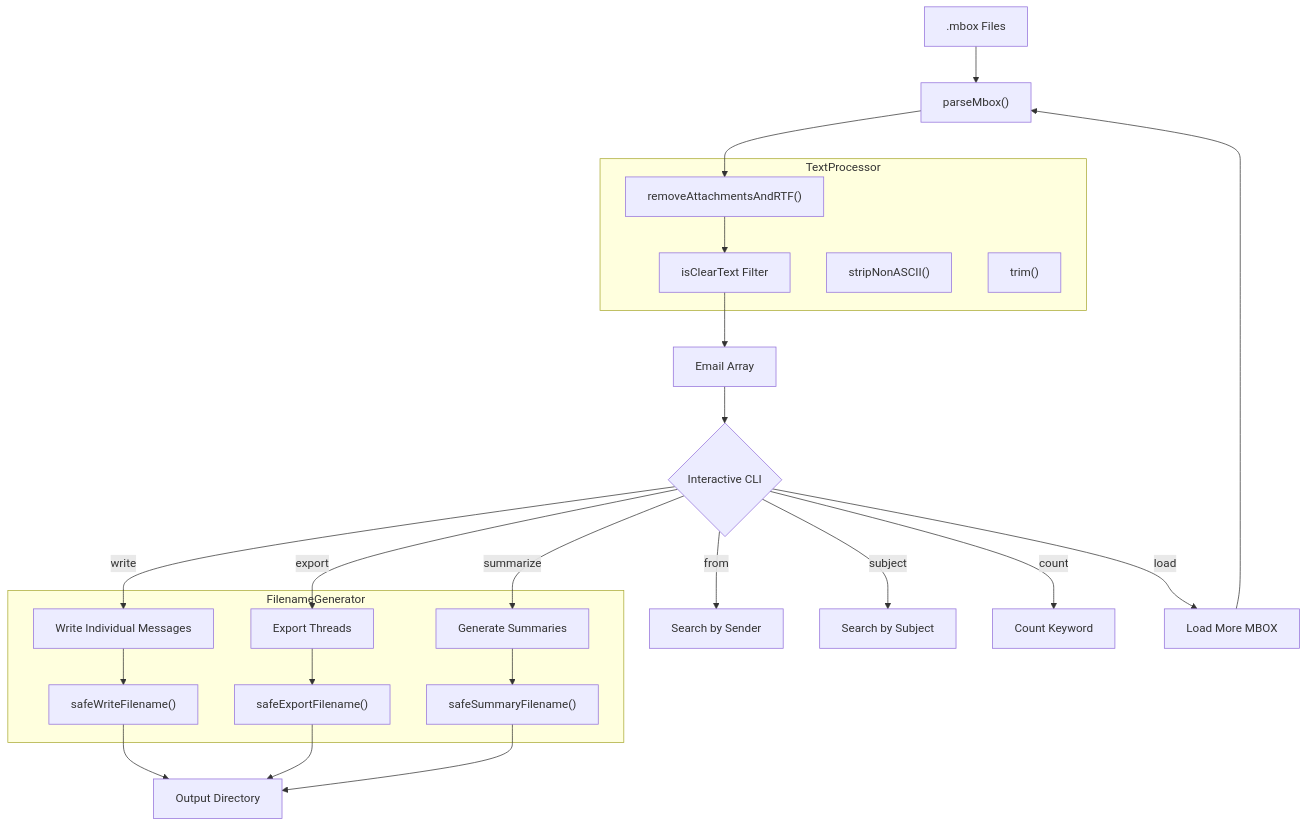
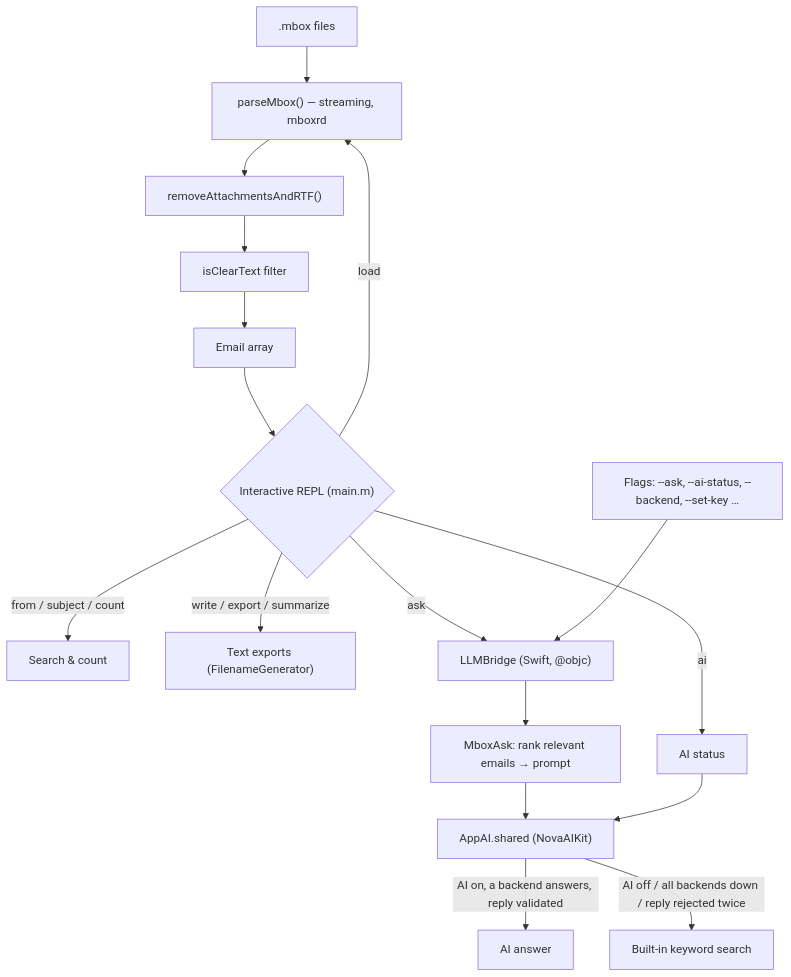
One commit to kochj23/MboxChatCLI changed the first of 2 diagrams in README.md. Above: the diagram before and after it, drawn with Mermaid. The commit also changed other lines of this file and 19 other files, not shown here.

````diff
--- a/README.md
+++ b/README.md
@@ -17,33 +23,19 @@
 ```mermaid
 graph TD
-    A[".mbox Files"] --> B["parseMbox()"]
+    A[".mbox files"] --> B["parseMbox() — streaming, mboxrd"]
     B --> L["removeAttachmentsAndRTF()"]
-    L --> M["isClearText Filter"]
-    M --> C["Email Array"]
-    C --> D{"Interactive CLI"}
-    D -->|from| E["Search by Sender"]
-    D -->|subject| F["Search by Subject"]
-    D -->|count| G["Count Keyword"]
-    D -->|write| H["Write Individual Messages"]
-    D -->|export| I["Export Threads"]
-    D -->|summarize| J["Generate Summaries"]
-    D -->|load| K["Load More MBOX"]
-    K --> B
-
-    subgraph TextProcessor
-        L
-        M
-        R["stripNonASCII()"]
-        S["trim()"]
-    end
-
-    subgraph FilenameGenerator
-        H --> N["safeWriteFilename()"]
-        I --> O["safeExportFilename()"]
-        J --> P["safeSummaryFilename()"]
-    end
-
-    N --> Q["Output Directory"]
-    O --> Q
-    P --> Q
+    L --> M["isClearText filter"]
+    M --> C["Email array"]
+    C --> D{"Interactive REPL (main.m)"}
+    D -->|from / subject / count| E["Search & count"]
+    D -->|write / export / summarize| F["Text exports (FilenameGenerator)"]
+    D -->|load| B
+    D -->|ask| G["LLMBridge (Swift, @objc)"]
+    D -->|ai| S["AI status"]
+    CLI["Flags: --ask, --ai-status, --backend, --set-key …"] --> G
+    G --> H["MboxAsk: rank relevant emails → prompt"]
+    H --> N["AppAI.shared (NovaAIKit)"]
+    N -->|AI on, a backend answers, reply validated| O["AI answer"]
+    N -->|AI off / all backends down / reply rejected twice| P["Built-in keyword search"]
+    S --> N
 ```
````
